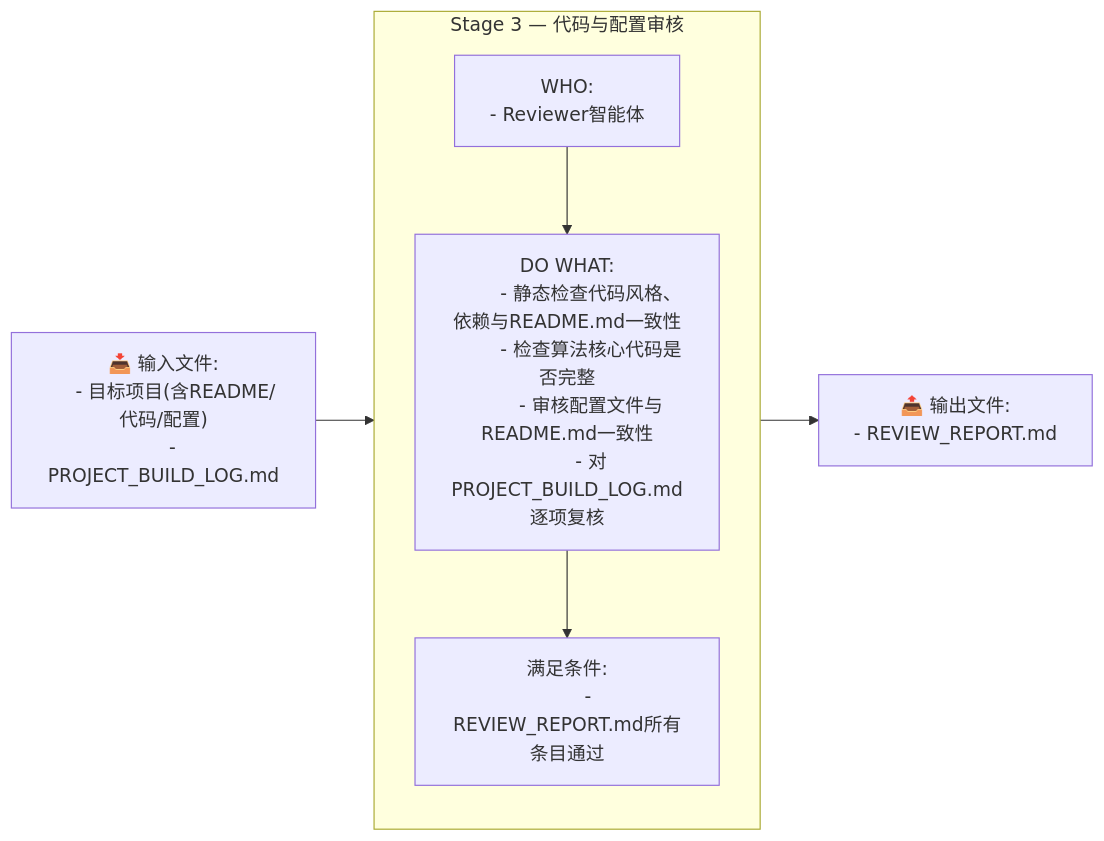
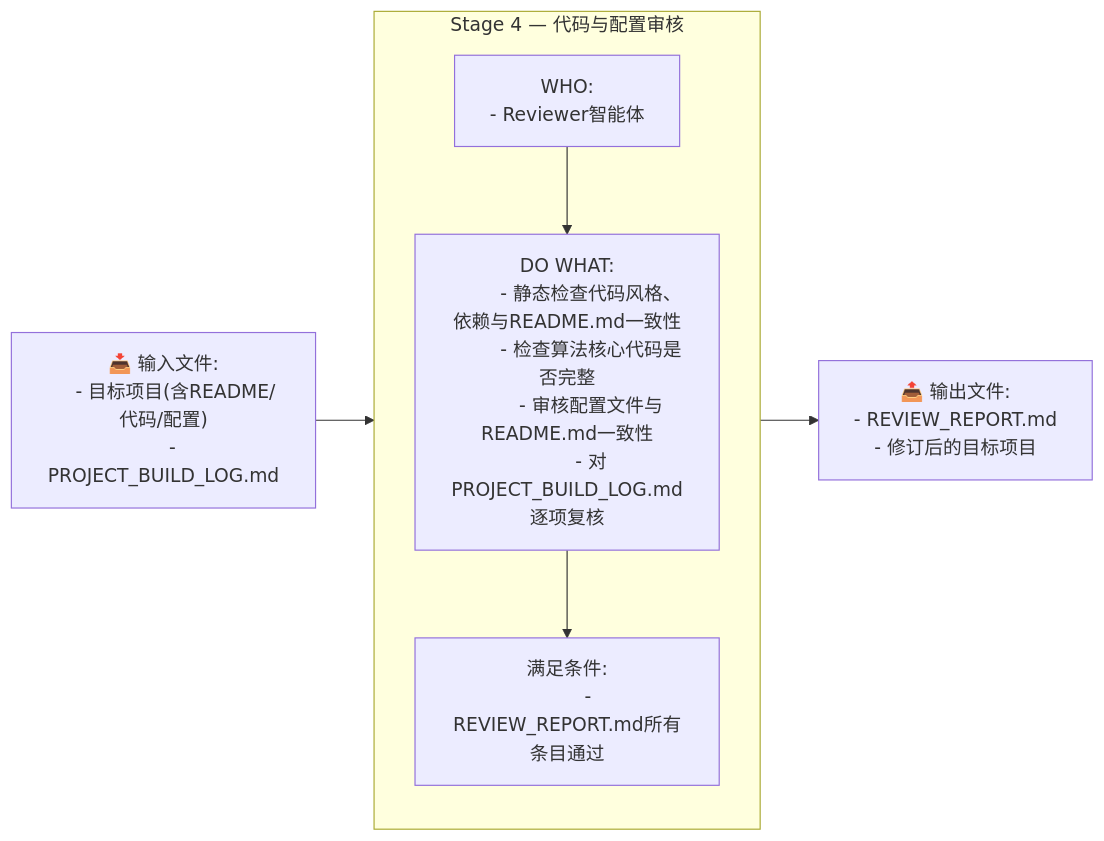
The fifth of 15 diagrams in README.md (ouyangshixiong/context-engineering-zh), drawn with Mermaid before and after one commit. The commit also changed other lines of this file and 13 other files, not shown here.

````diff
--- a/README.md
+++ b/README.md
@@ -290,30 +416,31 @@
 ```mermaid
 flowchart LR
-    %% ================= Stage 3 =================
-    I3["📥 输入文件:
+    %% ================= Stage 4 =================
+    I4["📥 输入文件:
     - 目标项目(含README/代码/配置)
     - PROJECT_BUILD_LOG.md"]
 
-    O3["📤 输出文件:
-    - REVIEW_REPORT.md"]
+    O4["📤 输出文件:
+    - REVIEW_REPORT.md
+    - 修订后的目标项目"]
 
-    subgraph S3["Stage 3 — 代码与配置审核"]
+    subgraph S4["Stage 4 — 代码与配置审核"]
         direction TB
         W4["WHO:
         - Reviewer智能体"]
 
         A4["DO WHAT:
         - 静态检查代码风格、依赖与README.md一致性
         - 检查算法核心代码是否完整
         - 审核配置文件与README.md一致性
         - 对PROJECT_BUILD_LOG.md逐项复核"]
 
         V4["满足条件:
         - REVIEW_REPORT.md所有条目通过"]
 
         W4 --> A4 --> V4
     end
 
-    I3 --> S3 --> O3
+    I4 --> S4 --> O4
 
 ```
````
